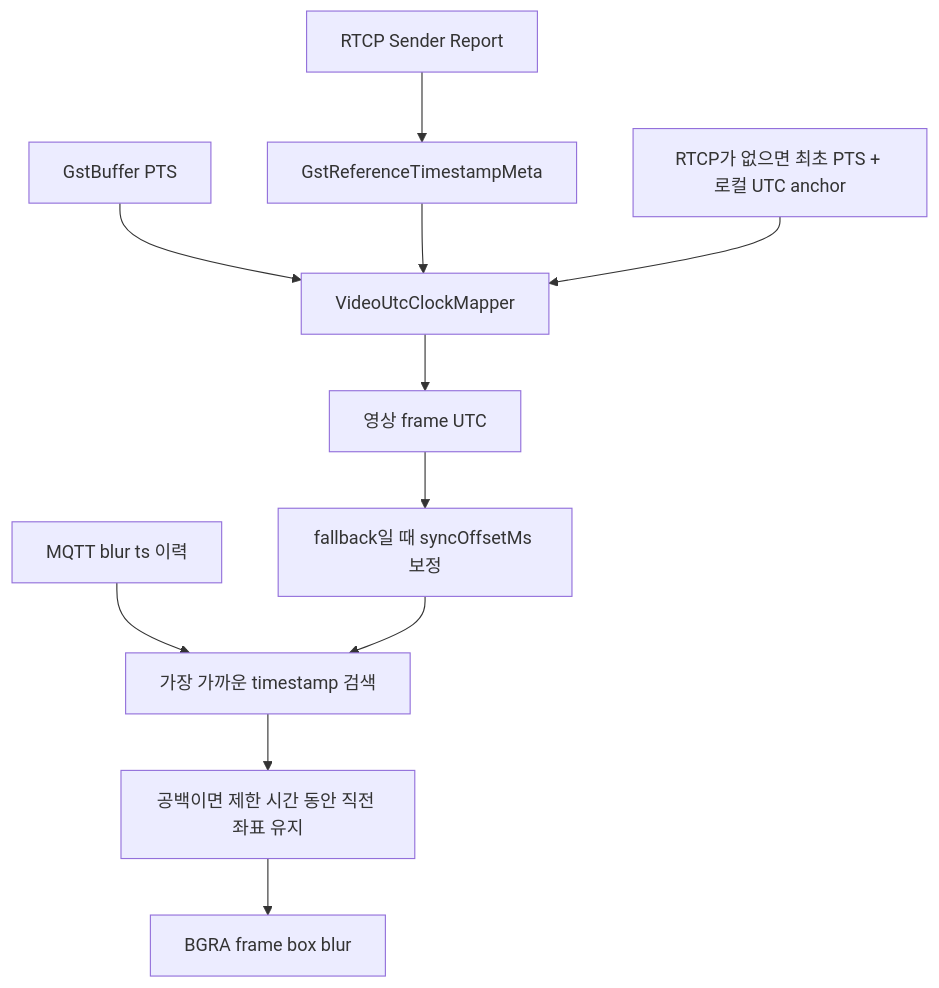
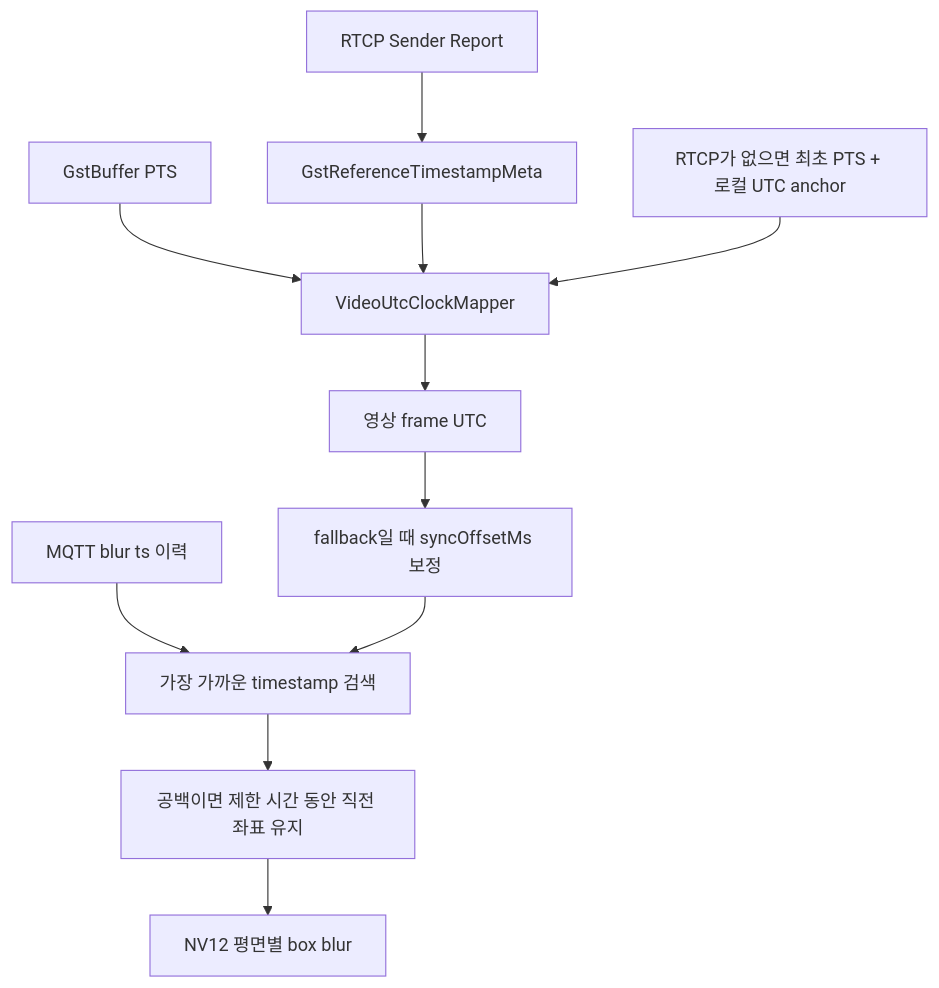
One commit to VEDA-TEAM3/Main_Project changed the second of 2 diagrams in client/VIDEO_SETTINGS.md. Above: the diagram before and after it, drawn with Mermaid. The commit also changed other lines of this file and 6 other files, not shown here.

````diff
--- a/client/VIDEO_SETTINGS.md
+++ b/client/VIDEO_SETTINGS.md
@@ -249,11 +249,11 @@
 ```mermaid
 flowchart TD
     Rtcp["RTCP Sender Report"] --> Ref["GstReferenceTimestampMeta"]
     Pts["GstBuffer PTS"] --> Mapper["VideoUtcClockMapper"]
     Ref --> Mapper
     Anchor["RTCP가 없으면 최초 PTS + 로컬 UTC anchor"] --> Mapper
     Mapper --> VideoUtc["영상 frame UTC"]
     Mqtt["MQTT blur ts 이력"] --> Match["가장 가까운 timestamp 검색"]
     VideoUtc --> Offset["fallback일 때 syncOffsetMs 보정"] --> Match
-    Match --> Hold["공백이면 제한 시간 동안 직전 좌표 유지"] --> Blur["BGRA frame box blur"]
+    Match --> Hold["공백이면 제한 시간 동안 직전 좌표 유지"] --> Blur["NV12 평면별 box blur"]
 ```
````
